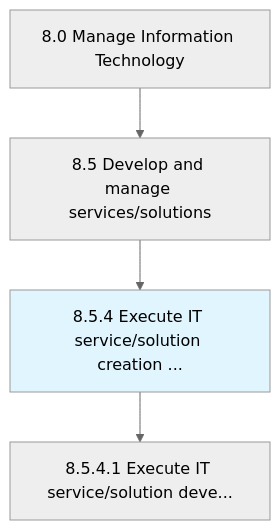
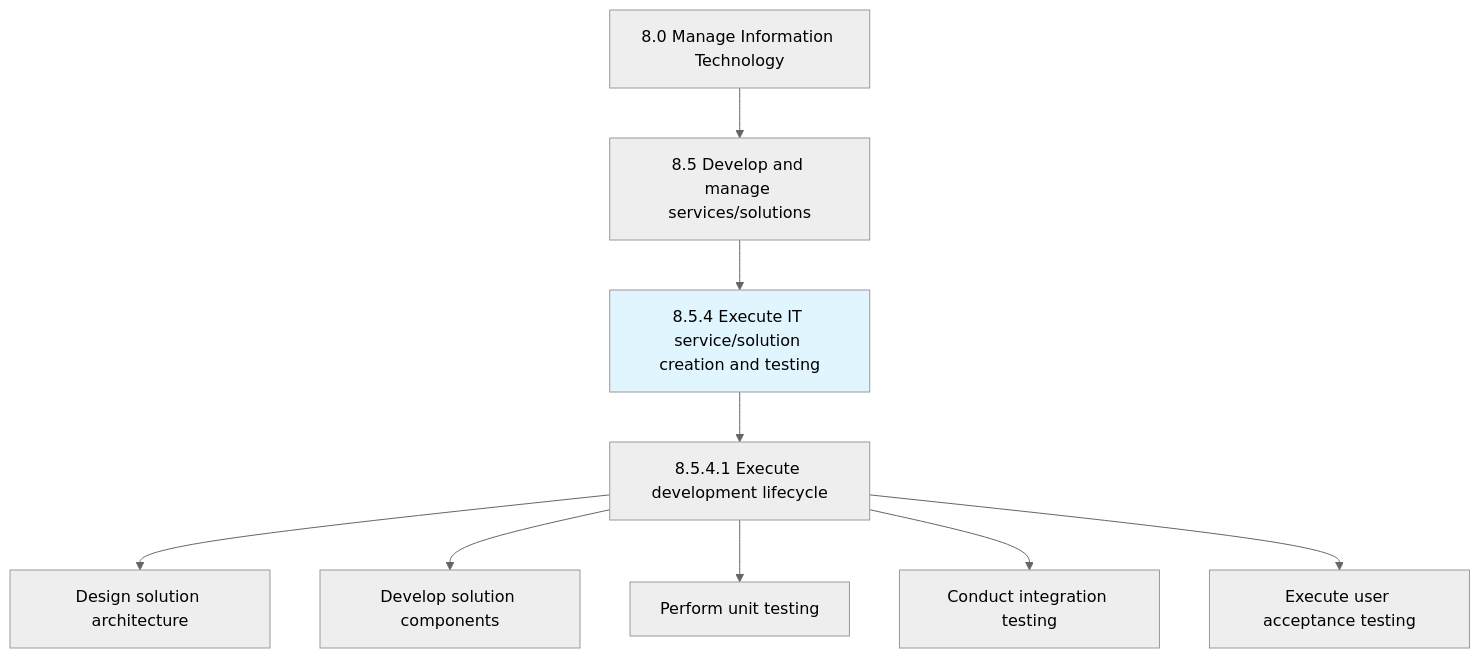
Before and after one commit to kziemski/business.org.ai: the first of 3 diagrams in processes/08-IT/8.5-DevelopManageServicessolutions/8.5.4-ExecuteITServicesolutionCreation/index.mdx, drawn with Mermaid (neutral theme). The commit also changed other lines of this file and 67 other files, not shown here.

````diff
--- a/processes/08-IT/8.5-DevelopManageServicessolutions/8.5.4-ExecuteITServicesolutionCreation/index.mdx
+++ b/processes/08-IT/8.5-DevelopManageServicessolutions/8.5.4-ExecuteITServicesolutionCreation/index.mdx
@@ -25,8 +27,14 @@
 ```mermaid
 graph TD
     C8["8.0 Manage Information Technology"]
     C8 --> N8_5["8.5 Develop and manage services/solutions"]
-    N8_5 --> N8_5_4["8.5.4 Execute IT service/solution creation ..."]
+    N8_5 --> N8_5_4["8.5.4 Execute IT service/solution creation and testing"]
     style N8_5_4 fill:#e1f5fe
-    N8_5_4 --> N8_5_4_1["8.5.4.1 Execute IT service/solution deve..."]
+    N8_5_4 --> N8_5_4_1["8.5.4.1 Execute development lifecycle"]
+
+    N8_5_4_1 --> A1["Design solution architecture"]
+    N8_5_4_1 --> A2["Develop solution components"]
+    N8_5_4_1 --> A3["Perform unit testing"]
+    N8_5_4_1 --> A4["Conduct integration testing"]
+    N8_5_4_1 --> A5["Execute user acceptance testing"]
 ```
````
